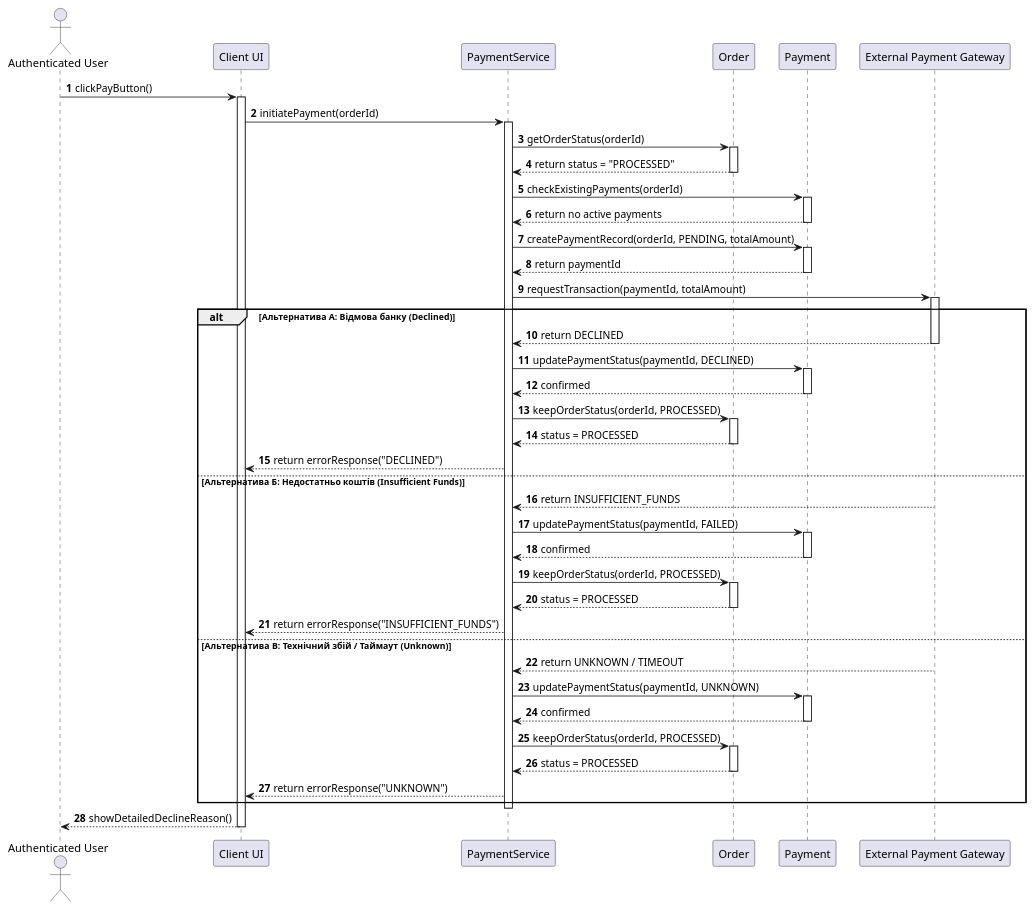
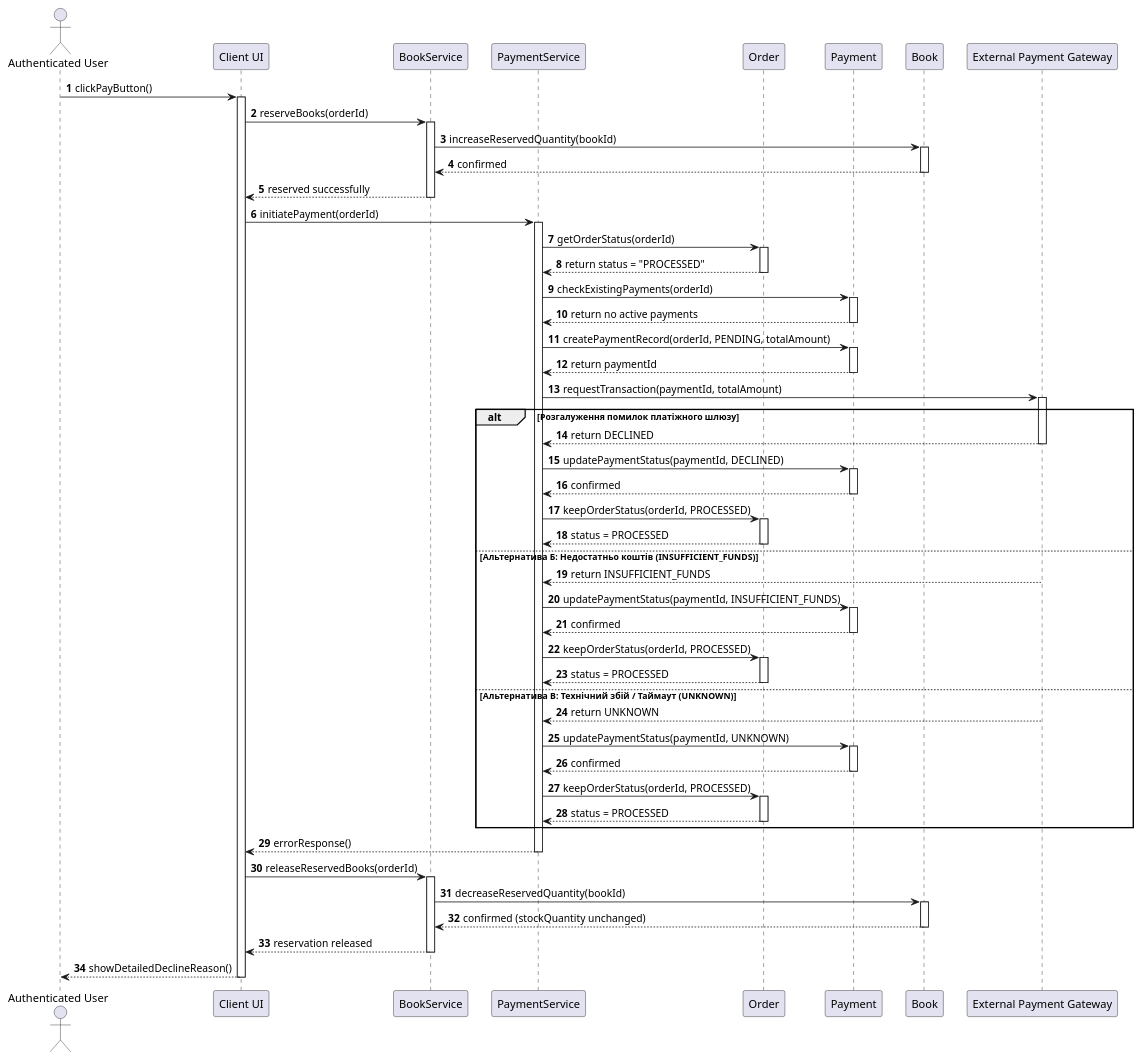
One commit to wameny/KPI2year changed the diagram in lab3/s2-diagram.puml. Above: the diagram before and after it, drawn with PlantUML. The commit also changed 5 other files, not shown here.

First line of the commit message:
reservedQuantity added and diagrams updated

```diff
--- a/lab3/s2-diagram.puml
+++ b/lab3/s2-diagram.puml
@@ -1,87 +1,104 @@
 @startuml
 autonumber
 skinparam BoxPadding 10
 skinparam ParticipantPadding 10
 
 actor "Authenticated User" as User
 participant "Client UI" as UI
-participant "PaymentService" as Service
+participant "BookService" as BookSvc
+participant "PaymentService" as PaySvc
 participant "Order" as Order
 participant "Payment" as Payment
+participant "Book" as Book
 participant "External Payment Gateway" as Gateway
 
 User -> UI: clickPayButton()
 activate UI
-UI -> Service: initiatePayment(orderId)
-activate Service
 
-Service -> Order: getOrderStatus(orderId)
+UI -> BookSvc: reserveBooks(orderId)
+activate BookSvc
+BookSvc -> Book: increaseReservedQuantity(bookId)
+activate Book
+Book --> BookSvc: confirmed
+deactivate Book
+BookSvc --> UI: reserved successfully
+deactivate BookSvc
+
+UI -> PaySvc: initiatePayment(orderId)
+activate PaySvc
+
+PaySvc -> Order: getOrderStatus(orderId)
 activate Order
-Order --> Service: return status = "PROCESSED"
+Order --> PaySvc: return status = "PROCESSED"
 deactivate Order
 
-Service -> Payment: checkExistingPayments(orderId)
+PaySvc -> Payment: checkExistingPayments(orderId)
 activate Payment
-Payment --> Service: return no active payments
+Payment --> PaySvc: return no active payments
 deactivate Payment
 
-Service -> Payment: createPaymentRecord(orderId, PENDING, totalAmount)
+PaySvc -> Payment: createPaymentRecord(orderId, PENDING, totalAmount)
 activate Payment
-Payment --> Service: return paymentId
+Payment --> PaySvc: return paymentId
 deactivate Payment
 
-Service -> Gateway: requestTransaction(paymentId, totalAmount)
+PaySvc -> Gateway: requestTransaction(paymentId, totalAmount)
 activate Gateway
 
-alt Альтернатива А: Відмова банку (Declined)
-    Gateway --> Service: return DECLINED
+alt Розгалуження помилок платіжного шлюзу
+    Gateway --> PaySvc: return DECLINED
     deactivate Gateway
     
-    Service -> Payment: updatePaymentStatus(paymentId, DECLINED)
+    PaySvc -> Payment: updatePaymentStatus(paymentId, DECLINED)
     activate Payment
-    Payment --> Service: confirmed
+    Payment --> PaySvc: confirmed
     deactivate Payment
     
-    Service -> Order: keepOrderStatus(orderId, PROCESSED)
+    PaySvc -> Order: keepOrderStatus(orderId, PROCESSED)
     activate Order
-    Order --> Service: status = PROCESSED
+    Order --> PaySvc: status = PROCESSED
     deactivate Order
+
+else Альтернатива Б: Недостатньо коштів (INSUFFICIENT_FUNDS)
+    Gateway --> PaySvc: return INSUFFICIENT_FUNDS
     
-    Service --> UI: return errorResponse("DECLINED")
-
-else Альтернатива Б: Недостатньо коштів (Insufficient Funds)
-    Gateway --> Service: return INSUFFICIENT_FUNDS
-    
-    Service -> Payment: updatePaymentStatus(paymentId, FAILED)
+    PaySvc -> Payment: updatePaymentStatus(paymentId, INSUFFICIENT_FUNDS)
     activate Payment
-    Payment --> Service: confirmed
+    Payment --> PaySvc: confirmed
     deactivate Payment
     
-    Service -> Order: keepOrderStatus(orderId, PROCESSED)
+    PaySvc -> Order: keepOrderStatus(orderId, PROCESSED)
     activate Order
-    Order --> Service: status = PROCESSED
+    Order --> PaySvc: status = PROCESSED
     deactivate Order
+
+else Альтернатива В: Технічний збій / Таймаут (UNKNOWN)
+    Gateway --> PaySvc: return UNKNOWN
     
-    Service --> UI: return errorResponse("INSUFFICIENT_FUNDS")
-
-else Альтернатива В: Технічний збій / Таймаут (Unknown)
-    Gateway --> Service: return UNKNOWN / TIMEOUT
-    
-    Service -> Payment: updatePaymentStatus(paymentId, UNKNOWN)
+    PaySvc -> Payment: updatePaymentStatus(paymentId, UNKNOWN)
     activate Payment
-    Payment --> Service: confirmed
+    Payment --> PaySvc: confirmed
     deactivate Payment
     
-    Service -> Order: keepOrderStatus(orderId, PROCESSED)
+    PaySvc -> Order: keepOrderStatus(orderId, PROCESSED)
     activate Order
-    Order --> Service: status = PROCESSED
+    Order --> PaySvc: status = PROCESSED
     deactivate Order
-    
-    Service --> UI: return errorResponse("UNKNOWN")
 end
 
-deactivate Service
+PaySvc --> UI: errorResponse()
+deactivate PaySvc
+
+UI -> BookSvc: releaseReservedBooks(orderId)
+activate BookSvc
+BookSvc -> Book: decreaseReservedQuantity(bookId)
+activate Book
+Book --> BookSvc: confirmed (stockQuantity unchanged)
+deactivate Book
+BookSvc --> UI: reservation released
+deactivate BookSvc
+
 UI --> User: showDetailedDeclineReason()
 deactivate UI
 
 @enduml
```
